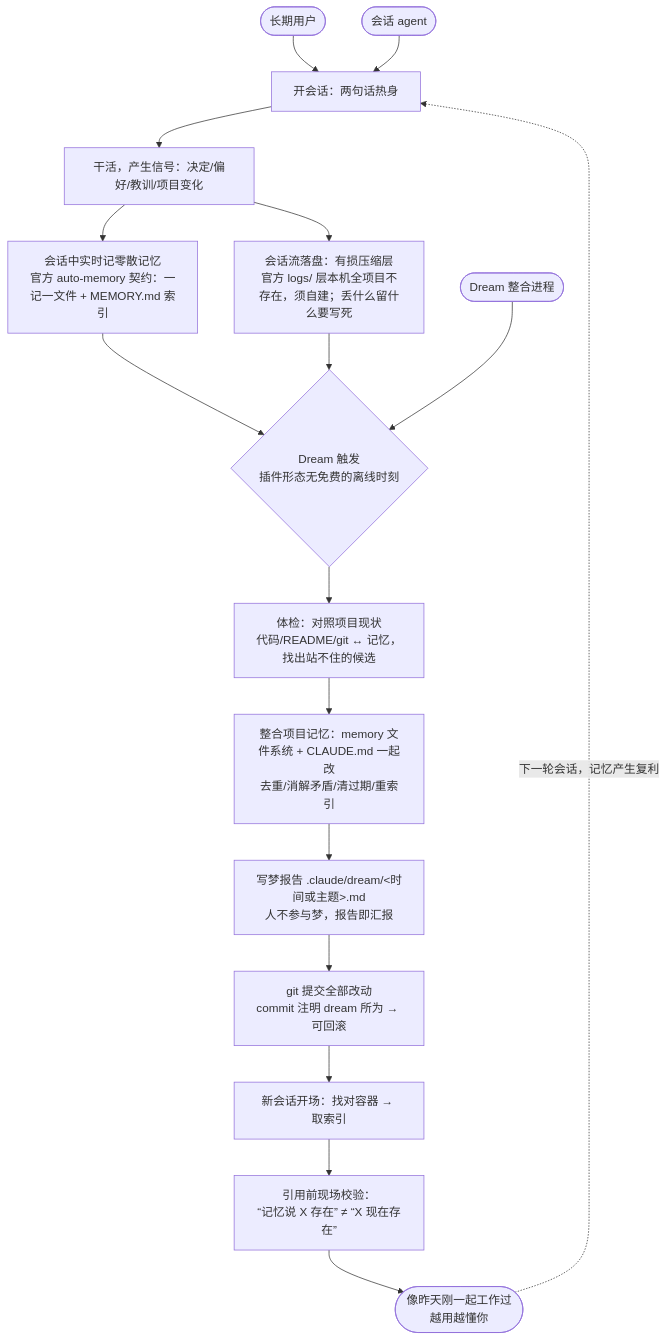
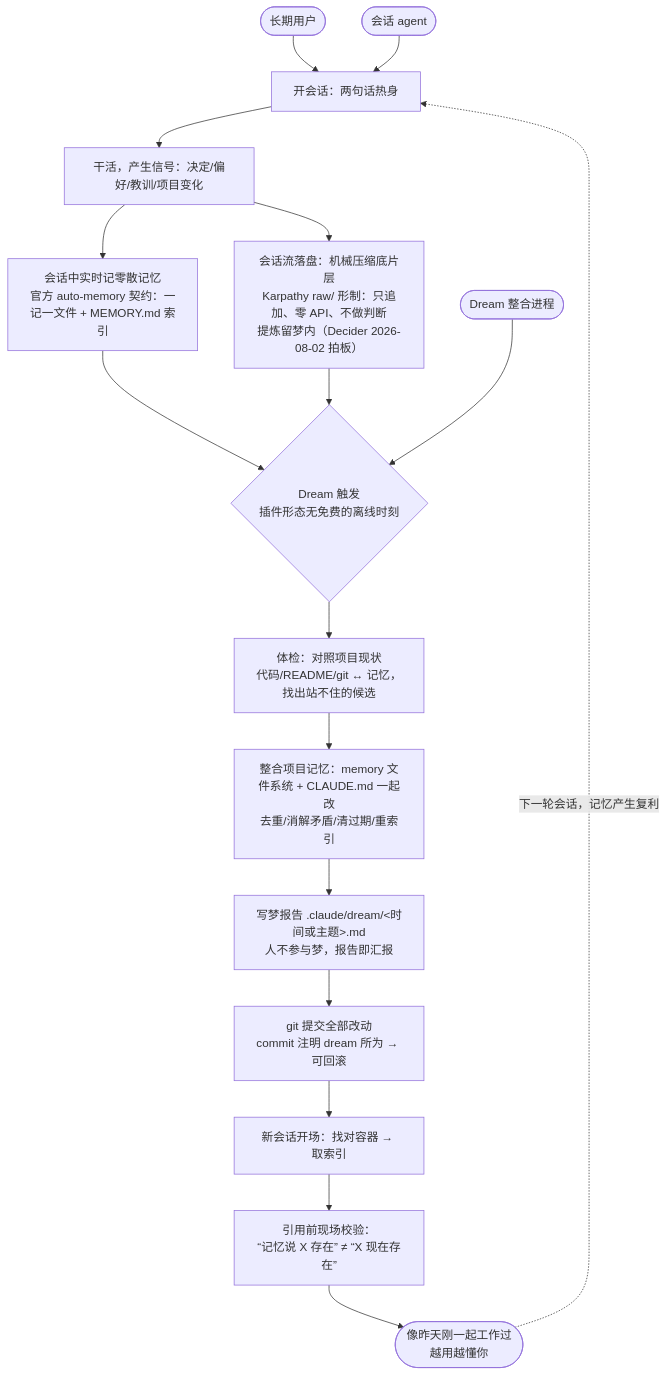
Before and after one commit to seapawn1/ClaudeDream: the diagram in .IDEO/DesignMap.md, drawn with Mermaid. The commit also changed other lines of this file and 4 other files, not shown here.

````diff
--- a/.IDEO/DesignMap.md
+++ b/.IDEO/DesignMap.md
@@ -40,19 +40,19 @@
 ```mermaid
 flowchart TD
     User([长期用户]) --> S1
     Agent([会话 agent]) --> S1
     S1[开会话：两句话热身] --> S2[干活，产生信号：决定/偏好/教训/项目变化]
     S2 --> S3[会话中实时记零散记忆<br/>官方 auto-memory 契约：一记一文件 + MEMORY.md 索引]
-    S2 --> S4[会话流落盘：有损压缩层<br/>官方 logs/ 层本机全项目不存在，须自建；丢什么留什么要写死]
+    S2 --> S4[会话流落盘：机械压缩底片层<br/>Karpathy raw/ 形制：只追加、零 API、不做判断<br/>提炼留梦内（Decider 2026-08-02 拍板）]
     S3 --> S5
     S4 --> S5{Dream 触发<br/>插件形态无免费的离线时刻}
     Dream([Dream 整合进程]) --> S5
     S5 --> S6[体检：对照项目现状<br/>代码/README/git ↔ 记忆，找出站不住的候选]
     S6 --> S7[整合项目记忆：memory 文件系统 + CLAUDE.md 一起改<br/>去重/消解矛盾/清过期/重索引]
-    S7 --> S8[写梦报告 .claude/dream/&lt;时间或主题&gt;.md<br/>人不参与梦，报告即汇报]
+    S7 --> S8[写梦报告 .claude/dream/<时间或主题>.md<br/>人不参与梦，报告即汇报]
     S8 --> S9[git 提交全部改动<br/>commit 注明 dream 所为 → 可回滚]
     S9 --> S10[新会话开场：找对容器 → 取索引]
     S10 --> S11[引用前现场校验：<br/>“记忆说 X 存在” ≠ “X 现在存在”]
     S11 --> END([像昨天刚一起工作过<br/>越用越懂你])
     END -.->|下一轮会话，记忆产生复利| S1
 ```
````
